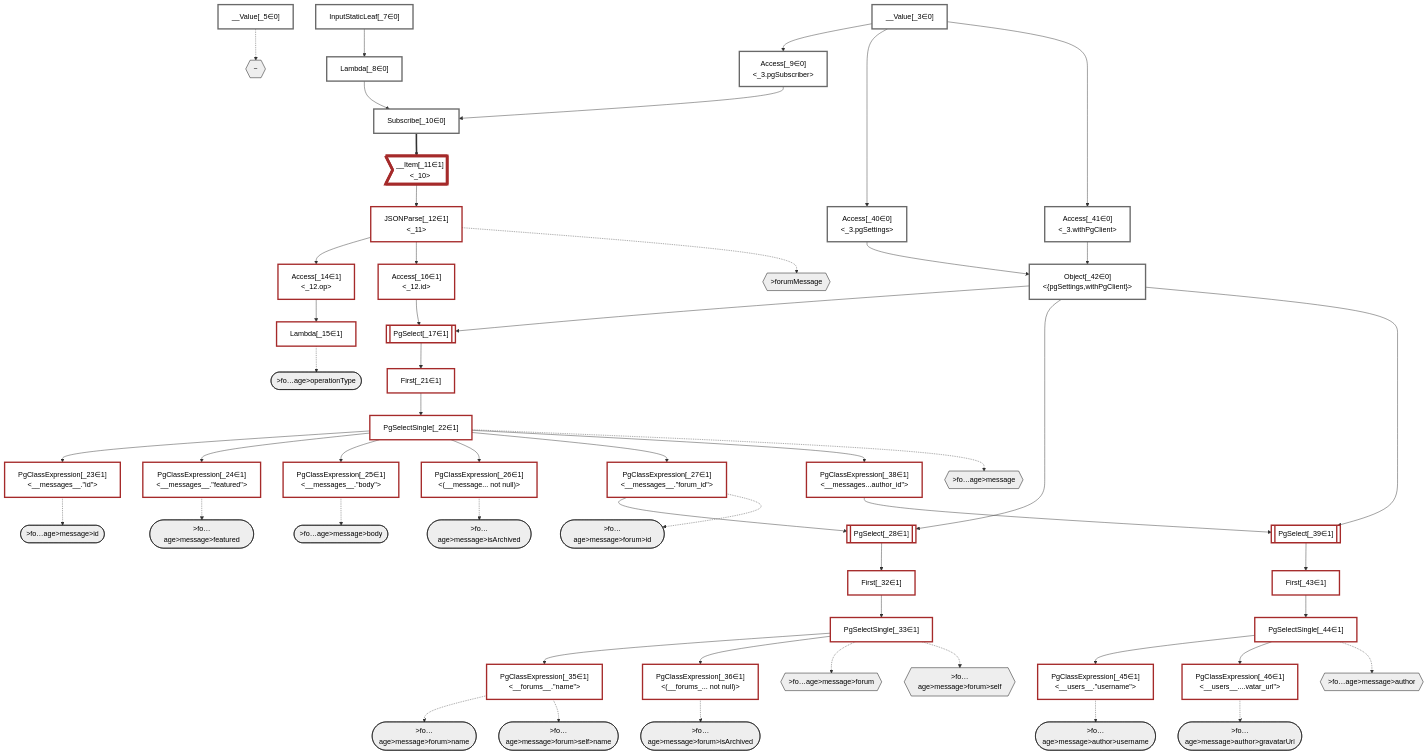
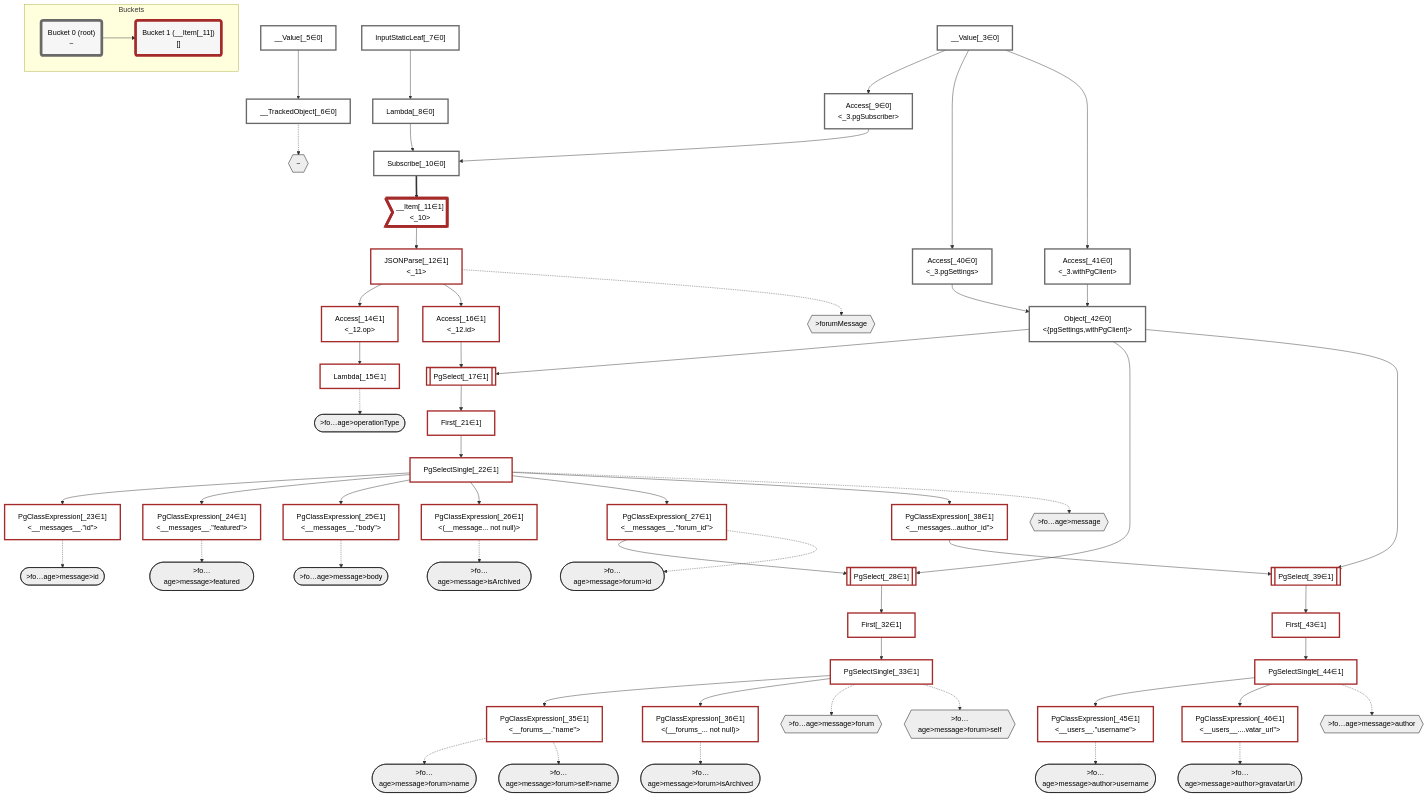
Before and after one commit to graphile/crystal: the diagram in packages/dataplan-pg/__tests__/subscriptions/basics/forum-messages.deopt.mermaid.md, drawn with Mermaid. The commit also changed 195 other files, not shown here.

````diff
--- a/packages/dataplan-pg/__tests__/subscriptions/basics/forum-messages.deopt.mermaid.md
+++ b/packages/dataplan-pg/__tests__/subscriptions/basics/forum-messages.deopt.mermaid.md
@@ -4,6 +4,7 @@
     classDef plan fill:#fff,stroke-width:3px,color:#000
     classDef itemplan fill:#fff,stroke-width:6px,color:#000
     classDef sideeffectplan fill:#f00,stroke-width:6px,color:#000
+    classDef bucket fill:#f6f6f6,color:#000,stroke-width:6px
 
     %% subgraph fields
     P1{{"~"}}:::path
@@ -44,6 +45,7 @@
     %% define plans
     __Value_3["__Value[_3∈0]<br /><context>"]:::plan
     __Value_5["__Value[_5∈0]<br /><rootValue>"]:::plan
+    __TrackedObject_6["__TrackedObject[_6∈0]"]:::plan
     InputStaticLeaf_7["InputStaticLeaf[_7∈0]"]:::plan
     Lambda_8["Lambda[_8∈0]"]:::plan
     Access_9["Access[_9∈0]<br /><_3.pgSubscriber>"]:::plan
@@ -77,6 +79,7 @@
     PgClassExpression_46["PgClassExpression[_46∈1]<br /><__users__....vatar_url#quot;>"]:::plan
 
     %% plan dependencies
+    __Value_5 --> __TrackedObject_6
     InputStaticLeaf_7 --> Lambda_8
     __Value_3 --> Access_9
     Access_9 --> Subscribe_10
@@ -114,7 +117,7 @@
     PgSelectSingle_44 --> PgClassExpression_46
 
     %% plan-to-path relationships
-    __Value_5 -.-> P1
+    __TrackedObject_6 -.-> P1
     JSONParse_12 -.-> P2
     Lambda_15 -.-> P3
     PgSelectSingle_22 -.-> P4
@@ -134,7 +137,15 @@
 
     %% allocate buckets
     classDef bucket0 stroke:#696969
-    class __Value_3,__Value_5,InputStaticLeaf_7,Lambda_8,Access_9,Subscribe_10,Access_40,Access_41,Object_42 bucket0
+    class __Value_3,__Value_5,__TrackedObject_6,InputStaticLeaf_7,Lambda_8,Access_9,Subscribe_10,Access_40,Access_41,Object_42 bucket0
     classDef bucket1 stroke:#a52a2a
     class __Item_11,JSONParse_12,Access_14,Lambda_15,Access_16,PgSelect_17,First_21,PgSelectSingle_22,PgClassExpression_23,PgClassExpression_24,PgClassExpression_25,PgClassExpression_26,PgClassExpression_27,PgSelect_28,First_32,PgSelectSingle_33,PgClassExpression_35,PgClassExpression_36,PgClassExpression_38,PgSelect_39,First_43,PgSelectSingle_44,PgClassExpression_45,PgClassExpression_46 bucket1
+
+    subgraph Buckets
+    Bucket0("Bucket 0 (root)<br />~"):::bucket
+    style Bucket0 stroke:#696969
+    Bucket1("Bucket 1 (__Item[_11])<br />[]"):::bucket
+    style Bucket1 stroke:#a52a2a
+    Bucket0 --> Bucket1
+    end
 ```
````
